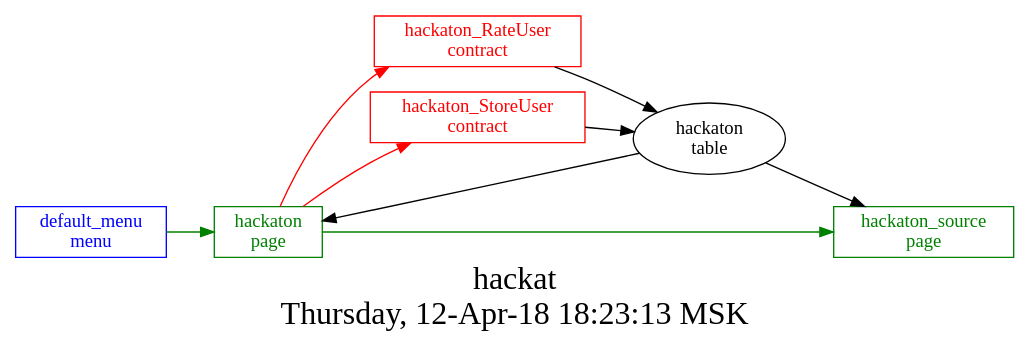
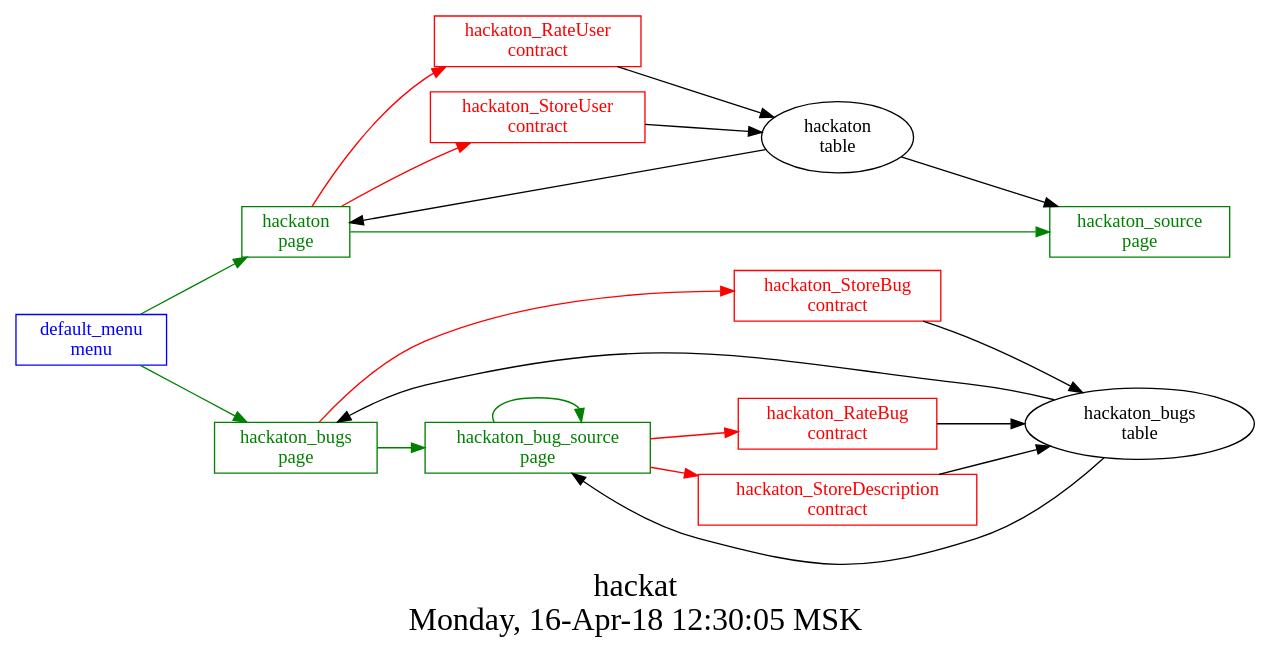
Before and after one commit to AplaProject/apps: the diagram in src/hackaton/struct.dot, drawn with Graphviz. The commit also changed 8 other files, not shown here.

Commit message:
+ hackaton bugs testing

```diff
--- a/src/hackaton/struct.dot
+++ b/src/hackaton/struct.dot
@@ -1,24 +1,41 @@
 digraph G {
 graph [
   fontsize="24";
-  label="hackat\nThursday, 12-Apr-18 18:23:13 MSK";
+  label="hackat\nMonday, 16-Apr-18 12:30:05 MSK";
   nojustify=true;
   ordering=out;
   rankdir=LR;
   size="30";
 ];
 "default_menu\nmenu" -> "hackaton\npage"  [ color=green ]
+"default_menu\nmenu" -> "hackaton_bugs\npage"  [ color=green ]
 "default_menu\nmenu" [color=blue, fontcolor=blue, group=menus, shape=record];
 "hackaton\npage" -> "hackaton_RateUser\ncontract"  [ color=red ]
 "hackaton\npage" -> "hackaton_StoreUser\ncontract"  [ color=red ]
 "hackaton\ntable" -> "hackaton\npage"  [ color="" ]
 "hackaton\npage" -> "hackaton_source\npage"  [ color=green ]
 "hackaton\npage" [color=green, fontcolor=green, group=pages, shape=record];
+"hackaton_bug_source\npage" -> "hackaton_RateBug\ncontract"  [ color=red ]
+"hackaton_bug_source\npage" -> "hackaton_StoreDescription\ncontract"  [ color=red ]
+"hackaton_bugs\ntable" -> "hackaton_bug_source\npage"  [ color="" ]
+"hackaton_bug_source\npage" -> "hackaton_bug_source\npage"  [ color=green ]
+"hackaton_bug_source\npage" [color=green, fontcolor=green, group=pages, shape=record];
+"hackaton_bugs\npage" -> "hackaton_StoreBug\ncontract"  [ color=red ]
+"hackaton_bugs\ntable" -> "hackaton_bugs\npage"  [ color="" ]
+"hackaton_bugs\npage" -> "hackaton_bug_source\npage"  [ color=green ]
+"hackaton_bugs\npage" [color=green, fontcolor=green, group=pages, shape=record];
 "hackaton\ntable" -> "hackaton_source\npage"  [ color="" ]
 "hackaton_source\npage" [color=green, fontcolor=green, group=pages, shape=record];
+"hackaton_RateBug\ncontract" -> "hackaton_bugs\ntable"  [ color="" ]
+"hackaton_RateBug\ncontract" [color=red, fontcolor=red, group=contracts, shape=record];
 "hackaton_RateUser\ncontract" -> "hackaton\ntable"  [ color="" ]
 "hackaton_RateUser\ncontract" [color=red, fontcolor=red, group=contracts, shape=record];
+"hackaton_StoreBug\ncontract" -> "hackaton_bugs\ntable"  [ color="" ]
+"hackaton_StoreBug\ncontract" [color=red, fontcolor=red, group=contracts, shape=record];
+"hackaton_StoreDescription\ncontract" -> "hackaton_bugs\ntable"  [ color="" ]
+"hackaton_StoreDescription\ncontract" [color=red, fontcolor=red, group=contracts, shape=record];
 "hackaton_StoreUser\ncontract" -> "hackaton\ntable"  [ color="" ]
 "hackaton_StoreUser\ncontract" [color=red, fontcolor=red, group=contracts, shape=record];
 "hackaton\ntable" [color="", fontcolor="", group=tables, shape=""];
+"hackaton_bugs\ntable" [color="", fontcolor="", group=tables, shape=""];
 }
```
